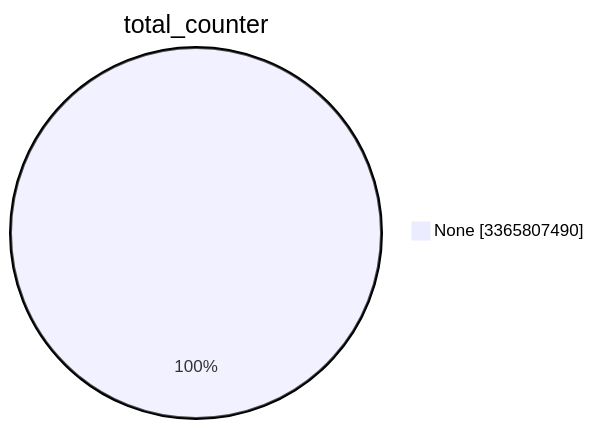
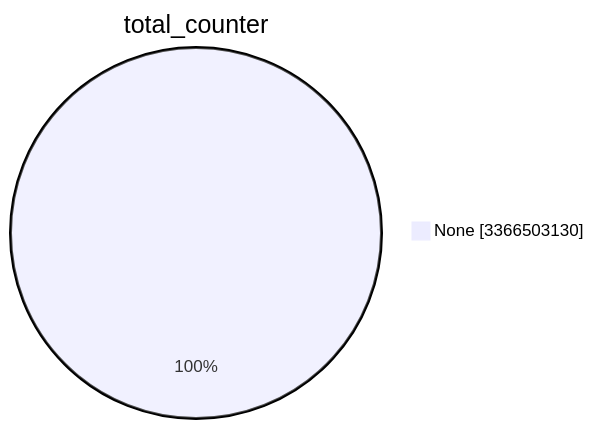
The first of 15 diagrams in TOTAL/README.md (christiankrug/ctmonitor_visualization), drawn with Mermaid before and after one commit. The commit also changed other lines of this file, not shown here.

````diff
--- a/TOTAL/README.md
+++ b/TOTAL/README.md
@@ -1,5 +1,5 @@
 ```mermaid
 pie showData
 title total_counter
-"None" :3365807490
+"None" :3366503130
 ```
````
